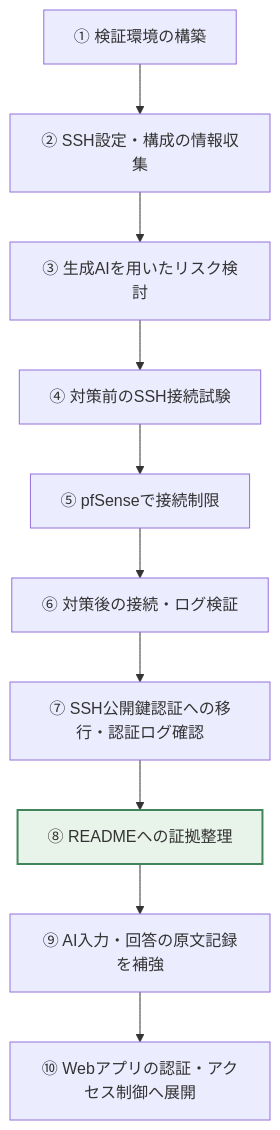
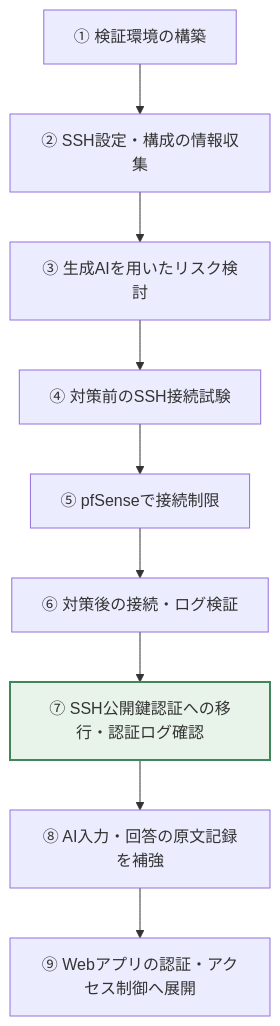
Before and after one commit to kcs-j02/Frontier-AI-Security-Risk-Lab: the first of 2 diagrams in README.md, drawn with Mermaid. The commit also changed other lines of this file and 2 other files, not shown here.

````diff
--- a/README.md
+++ b/README.md
@@ -13,13 +13,12 @@
 ```mermaid
 flowchart TD
     A[① 検証環境の構築] --> B[② SSH設定・構成の情報収集]
     B --> C[③ 生成AIを用いたリスク検討]
     C --> D[④ 対策前のSSH接続試験]
     D --> E[⑤ pfSenseで接続制限]
     E --> F[⑥ 対策後の接続・ログ検証]
     F --> G[⑦ SSH公開鍵認証への移行・認証ログ確認]
-    G --> H[⑧ READMEへの証拠整理]
-    H --> I[⑨ AI入力・回答の原文記録を補強]
-    I --> J[⑩ Webアプリの認証・アクセス制御へ展開]
-    style H fill:#e8f4ea,stroke:#41865b,stroke-width:2px
+    G --> H[⑧ AI入力・回答の原文記録を補強]
+    H --> I[⑨ Webアプリの認証・アクセス制御へ展開]
+    style G fill:#e8f4ea,stroke:#41865b,stroke-width:2px
 ```
````
